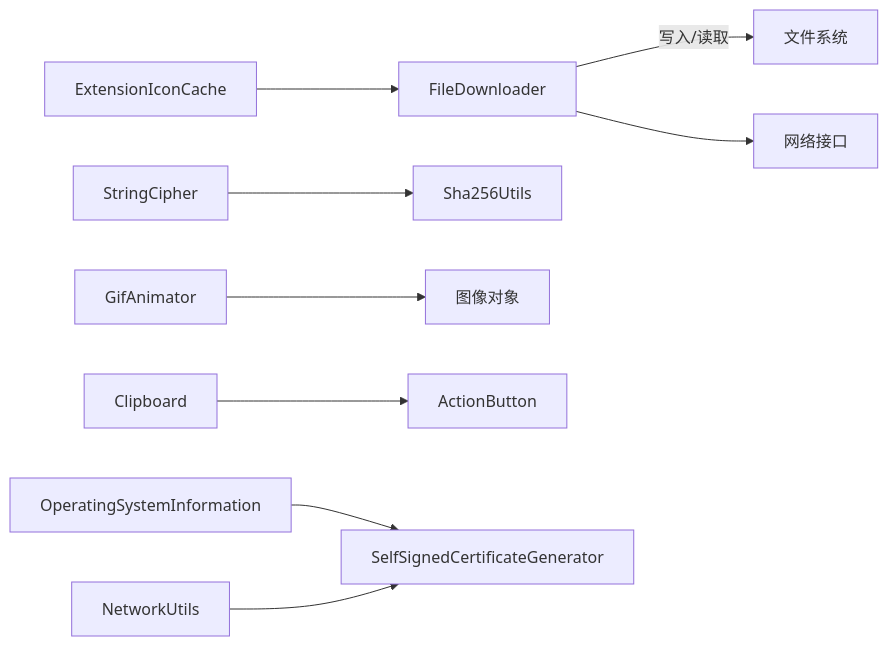
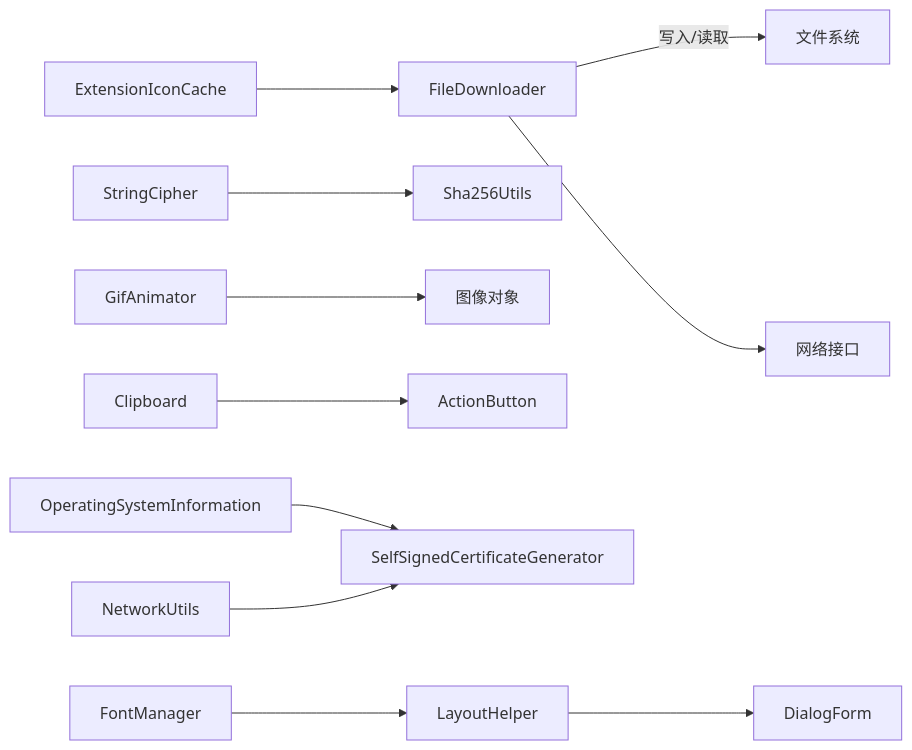
The second of 19 diagrams in .qoder/repowiki/zh/content/工具类库/工具类库.md (tea4go/Macro-Deck), drawn with Mermaid before and after one commit. The commit also changed other lines of this file and 63 other files, not shown here.

````diff
--- a/.qoder/repowiki/zh/content/工具类库/工具类库.md
+++ b/.qoder/repowiki/zh/content/工具类库/工具类库.md
@@ -155,11 +171,13 @@
 ```mermaid
 graph LR
 FD["FileDownloader"] --> |写入/读取| FS["文件系统"]
 FD --> NET["网络接口"]
 SC["StringCipher"] --> HASH["Sha256Utils"]
 GA["GifAnimator"] --> IMG["图像对象"]
 CB["Clipboard"] --> AB["ActionButton"]
 EIC["ExtensionIconCache"] --> FD
 OS["OperatingSystemInformation"] --> SEC["SelfSignedCertificateGenerator"]
+FM["FontManager"] --> LH["LayoutHelper"]
+LH --> DF["DialogForm"]
 NB["NetworkUtils"] --> SEC
 ```
````
